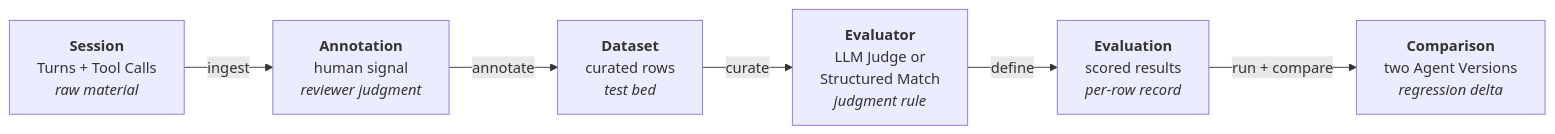
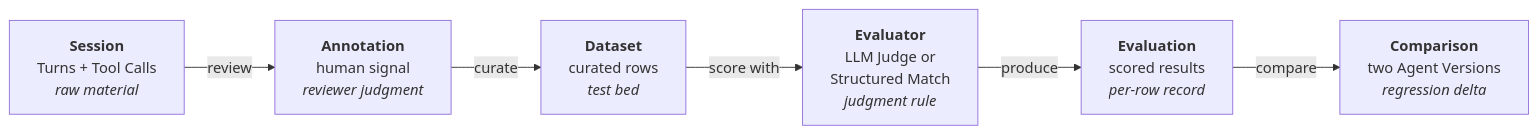
Before and after one commit to Provar-TrustAI/docs: the diagram in concepts/overview.mdx, drawn with Mermaid. The commit also changed 1 other file, not shown here.

Commit message:
docs: polish landing page + fix overview diagram labels (M3.5)
Rewrite the landing page for stakeholder clarity — lead with the value
proposition, add a numbered "60 seconds" evaluation loop summary, and
a "What's new" callout for v2026.05.26. Fix misleading edge labels on
the overview Mermaid diagram (ingest→review, annotate→curate, etc.).

````diff
--- a/concepts/overview.mdx
+++ b/concepts/overview.mdx
@@ -37,15 +37,15 @@
 ```mermaid
 flowchart LR
     S["<b>Session</b><br/>Turns + Tool Calls<br/><i>raw material</i>"]
     A["<b>Annotation</b><br/>human signal<br/><i>reviewer judgment</i>"]
     D["<b>Dataset</b><br/>curated rows<br/><i>test bed</i>"]
     E["<b>Evaluator</b><br/>LLM Judge or<br/>Structured Match<br/><i>judgment rule</i>"]
     R["<b>Evaluation</b><br/>scored results<br/><i>per-row record</i>"]
     V["<b>Comparison</b><br/>two Agent Versions<br/><i>regression delta</i>"]
 
-    S -->|ingest| A
-    A -->|annotate| D
-    D -->|curate| E
-    E -->|define| R
-    R -->|run + compare| V
+    S -->|review| A
+    A -->|curate| D
+    D -->|score with| E
+    E -->|produce| R
+    R -->|compare| V
 ```
````
